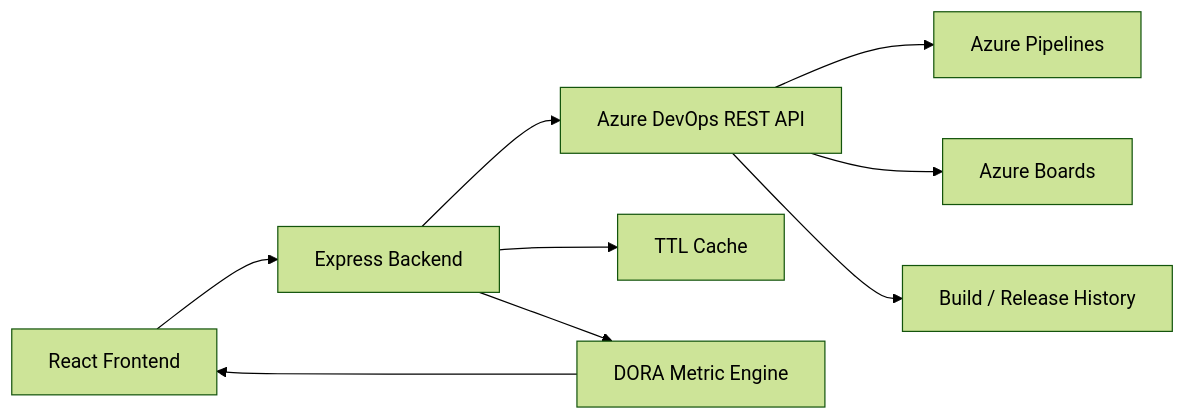
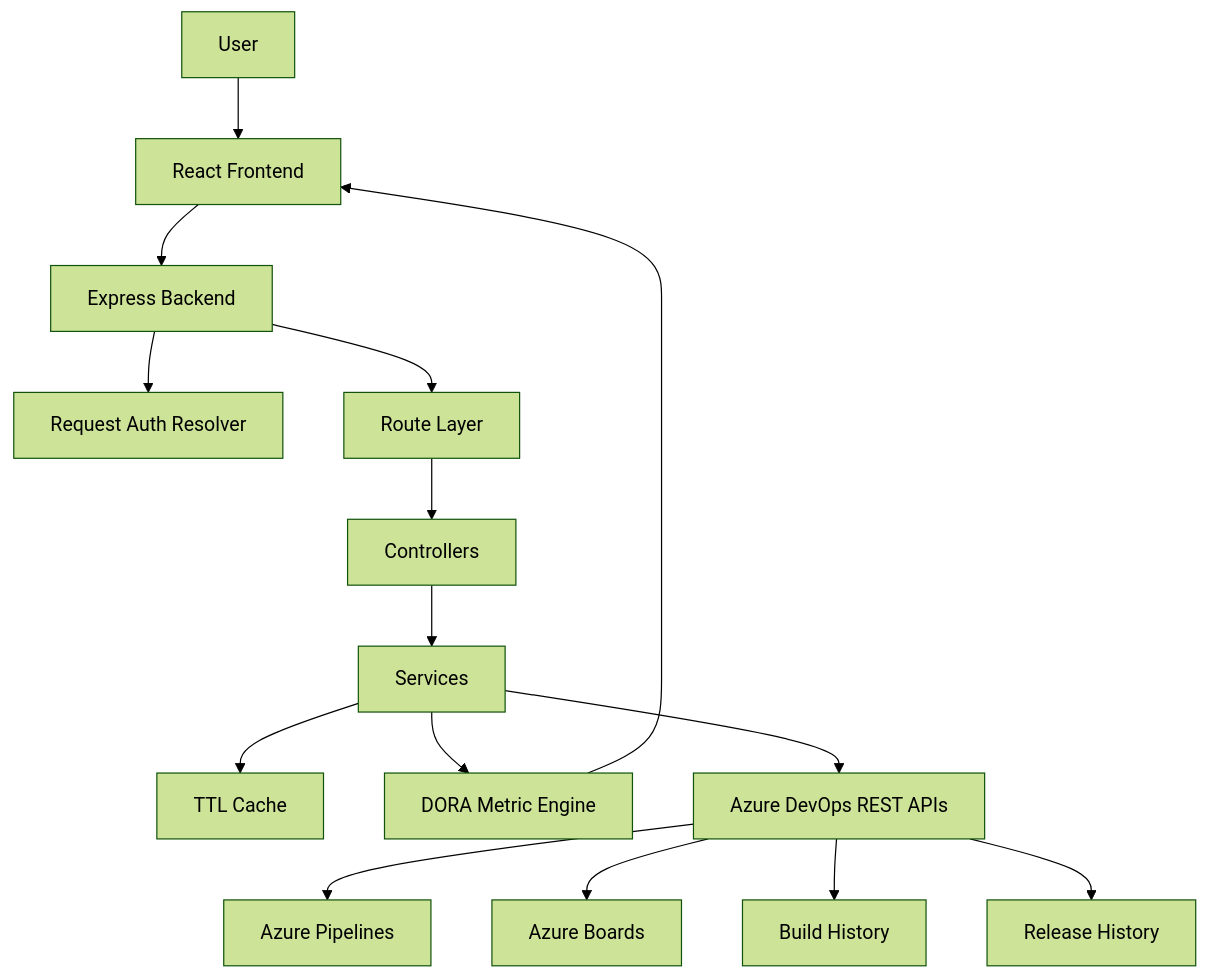
The first of 2 diagrams in README.md (Rudra-Narayan-Pandey/DORA-Dashboard), drawn with Mermaid (forest theme) before and after one commit. The commit also changed other lines of this file, not shown here.

Commit message:
Expand README with architecture and file map

````diff
--- a/README.md
+++ b/README.md
@@ -27,11 +27,32 @@
 ```mermaid
-flowchart LR
-  UI[React Frontend] --> API[Express Backend]
-  API --> ADO[Azure DevOps REST API]
-  API --> CACHE[TTL Cache]
-  ADO --> P[Azure Pipelines]
-  ADO --> B[Azure Boards]
-  ADO --> R[Build / Release History]
-  API --> METRICS[DORA Metric Engine]
-  METRICS --> UI
+flowchart TB
+  U[User]
+  FE[React Frontend]
+  API[Express Backend]
+  AUTH[Request Auth Resolver]
+  ROUTES[Route Layer]
+  CTRL[Controllers]
+  SVC[Services]
+  CACHE[TTL Cache]
+  METRIC[DORA Metric Engine]
+  ADO[Azure DevOps REST APIs]
+  PIPE[Azure Pipelines]
+  BOARD[Azure Boards]
+  BUILD[Build History]
+  REL[Release History]
+
+  U --> FE
+  FE --> API
+  API --> AUTH
+  API --> ROUTES
+  ROUTES --> CTRL
+  CTRL --> SVC
+  SVC --> CACHE
+  SVC --> METRIC
+  SVC --> ADO
+  ADO --> PIPE
+  ADO --> BOARD
+  ADO --> BUILD
+  ADO --> REL
+  METRIC --> FE
 ```
````
